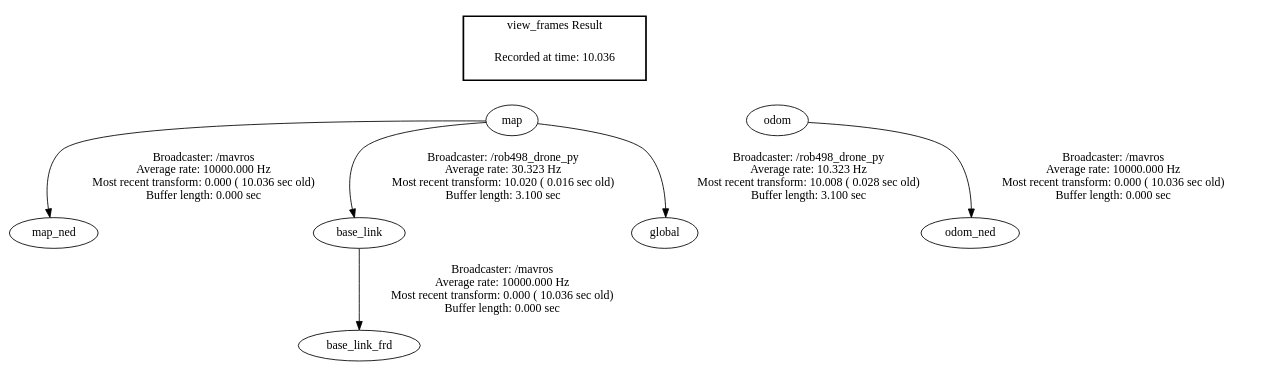
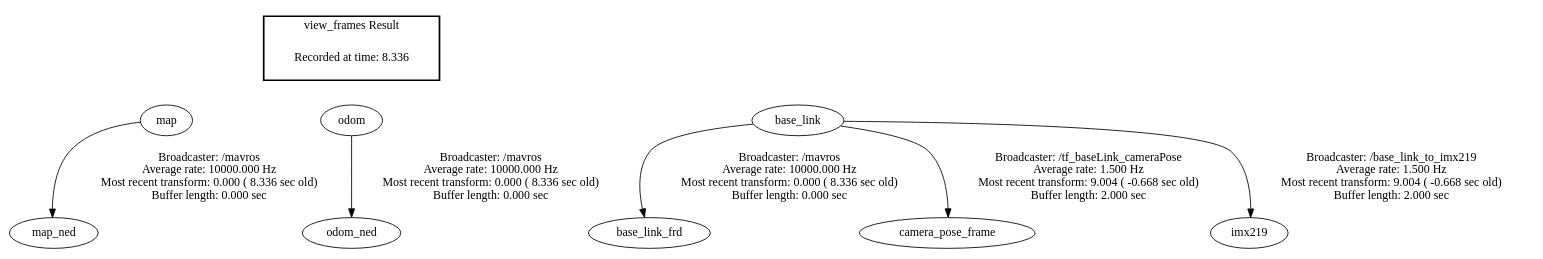
The diagram in frames.gv (BenAgro314/catkin_ws_engsci), drawn with Graphviz before and after one commit. The commit also changed 9 other files, not shown here.

```diff
--- a/frames.gv
+++ b/frames.gv
@@ -1,15 +1,19 @@
 digraph G {
-"map" -> "map_ned"[label="Broadcaster: /mavros\nAverage rate: 10000.000 Hz\nMost recent transform: 0.000 ( 10.036 sec old)\nBuffer length: 0.000 sec\n"];
-"odom" -> "odom_ned"[label="Broadcaster: /mavros\nAverage rate: 10000.000 Hz\nMost recent transform: 0.000 ( 10.036 sec old)\nBuffer length: 0.000 sec\n"];
-"base_link" -> "base_link_frd"[label="Broadcaster: /mavros\nAverage rate: 10000.000 Hz\nMost recent transform: 0.000 ( 10.036 sec old)\nBuffer length: 0.000 sec\n"];
-"map" -> "base_link"[label="Broadcaster: /rob498_drone_py\nAverage rate: 30.323 Hz\nMost recent transform: 10.020 ( 0.016 sec old)\nBuffer length: 3.100 sec\n"];
-"map" -> "global"[label="Broadcaster: /rob498_drone_py\nAverage rate: 10.323 Hz\nMost recent transform: 10.008 ( 0.028 sec old)\nBuffer length: 3.100 sec\n"];
+"map" -> "map_ned"[label="Broadcaster: /mavros\nAverage rate: 10000.000 Hz\nMost recent transform: 0.000 ( 8.336 sec old)\nBuffer length: 0.000 sec\n"];
+"odom" -> "odom_ned"[label="Broadcaster: /mavros\nAverage rate: 10000.000 Hz\nMost recent transform: 0.000 ( 8.336 sec old)\nBuffer length: 0.000 sec\n"];
+"base_link" -> "base_link_frd"[label="Broadcaster: /mavros\nAverage rate: 10000.000 Hz\nMost recent transform: 0.000 ( 8.336 sec old)\nBuffer length: 0.000 sec\n"];
+"base_link" -> "camera_pose_frame"[label="Broadcaster: /tf_baseLink_cameraPose\nAverage rate: 1.500 Hz\nMost recent transform: 9.004 ( -0.668 sec old)\nBuffer length: 2.000 sec\n"];
+"base_link" -> "imx219"[label="Broadcaster: /base_link_to_imx219\nAverage rate: 1.500 Hz\nMost recent transform: 9.004 ( -0.668 sec old)\nBuffer length: 2.000 sec\n"];
 edge [style=invis];
  subgraph cluster_legend { style=bold; color=black; label ="view_frames Result";
-"Recorded at time: 10.036"[ shape=plaintext ] ;
+"Recorded at time: 8.336"[ shape=plaintext ] ;
  }->"map";
 edge [style=invis];
  subgraph cluster_legend { style=bold; color=black; label ="view_frames Result";
-"Recorded at time: 10.036"[ shape=plaintext ] ;
+"Recorded at time: 8.336"[ shape=plaintext ] ;
  }->"odom";
+edge [style=invis];
+ subgraph cluster_legend { style=bold; color=black; label ="view_frames Result";
+"Recorded at time: 8.336"[ shape=plaintext ] ;
+ }->"base_link";
 }
```
